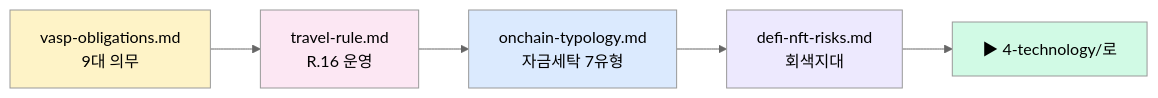
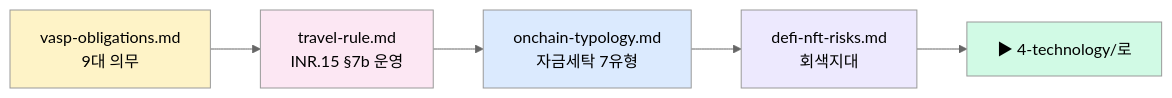
Before and after one commit to lala-david/aml-notes: the first of 2 diagrams in notes/3-crypto-aml/README.md, drawn with Mermaid (neutral theme). The commit also changed other lines of this file and 379 other files, not shown here.

First line of the commit message:
notes,kb,en,deep,charts: 2026-10-21 기준 정정 46건 반영 — 출처 없는 수치를 걷어내고 다이어그램을 다시 그림

````diff
--- a/notes/3-crypto-aml/README.md
+++ b/notes/3-crypto-aml/README.md
@@ -13,13 +13,13 @@
 ```mermaid
 flowchart LR
-    A[vasp-obligations.md<br/>9대 의무] --> B[travel-rule.md<br/>R.16 운영]
+    A[vasp-obligations.md<br/>9대 의무] --> B[travel-rule.md<br/>INR.15 §7b 운영]
     B --> C[onchain-typology.md<br/>자금세탁 7유형]
     C --> D[defi-nft-risks.md<br/>회색지대]
     D --> Next[▶ 4-technology/로]
 
     style A fill:#fef3c7
     style B fill:#fce7f3
     style C fill:#dbeafe
     style D fill:#ede9fe
     style Next fill:#d1fae5
 ```
````
